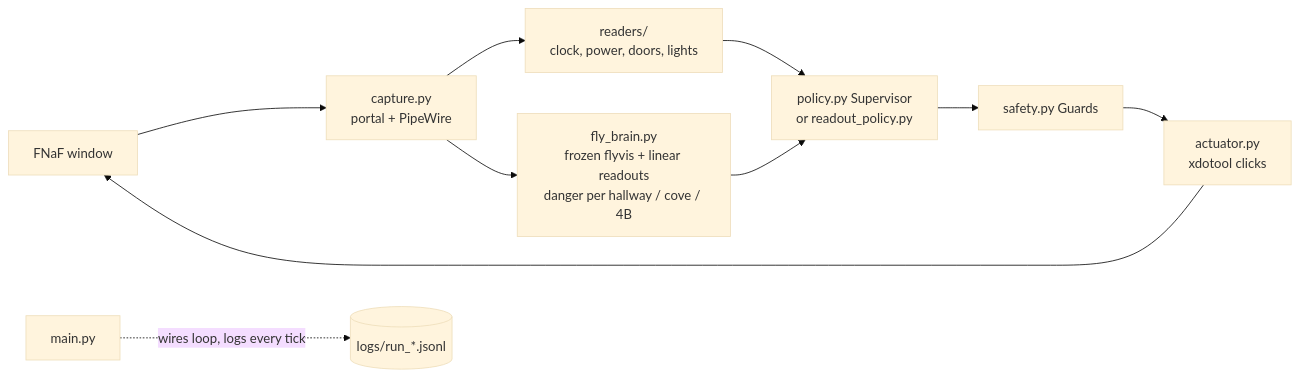
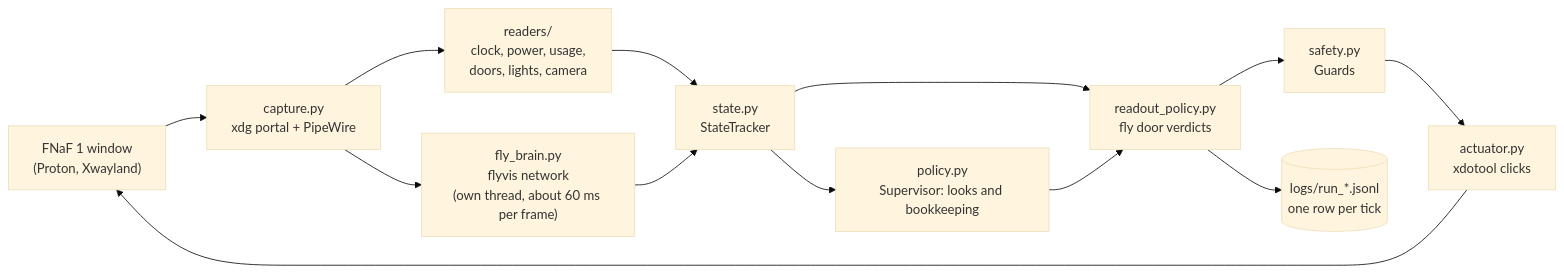
One commit to Kushal-0532/fruitfly_plays_fnaf changed the first of 6 diagrams in README.md. Above: the diagram before and after it, drawn with Mermaid (base theme). The commit also changed other lines of this file and 24 other files, not shown here.

First line of the commit message:
Night 3 won live: right window patch, Foxy cove-gone readout, flip fixes

````diff
--- a/README.md
+++ b/README.md
@@ -25,12 +32,15 @@
 ```mermaid
 flowchart LR
-  G[FNaF window] --> C[capture.py<br/>portal + PipeWire]
-  C --> R[readers/<br/>clock, power, doors, lights]
-  C --> F[fly_brain.py<br/>frozen flyvis + linear readouts<br/>danger per hallway / cove / 4B]
-  R --> P[policy.py Supervisor<br/>or readout_policy.py]
-  F --> P
-  P --> S[safety.py Guards]
-  S --> A[actuator.py<br/>xdotool clicks]
-  A --> G
-  M[main.py] -. wires loop, logs every tick .-> L[(logs/run_*.jsonl)]
+    G["FNaF 1 window<br/>(Proton, Xwayland)"] --> C["capture.py<br/>xdg portal + PipeWire"]
+    C --> R["readers/<br/>clock, power, usage,<br/>doors, lights, camera"]
+    C --> F["fly_brain.py<br/>flyvis network<br/>(own thread, about 60 ms per frame)"]
+    R --> T["state.py<br/>StateTracker"]
+    F --> T
+    T --> P["readout_policy.py<br/>fly door verdicts"]
+    T --> S["policy.py<br/>Supervisor: looks and bookkeeping"]
+    S --> P
+    P --> Gd["safety.py<br/>Guards"]
+    Gd --> A["actuator.py<br/>xdotool clicks"]
+    A --> G
+    P --> L[("logs/run_*.jsonl<br/>one row per tick")]
 ```
````
